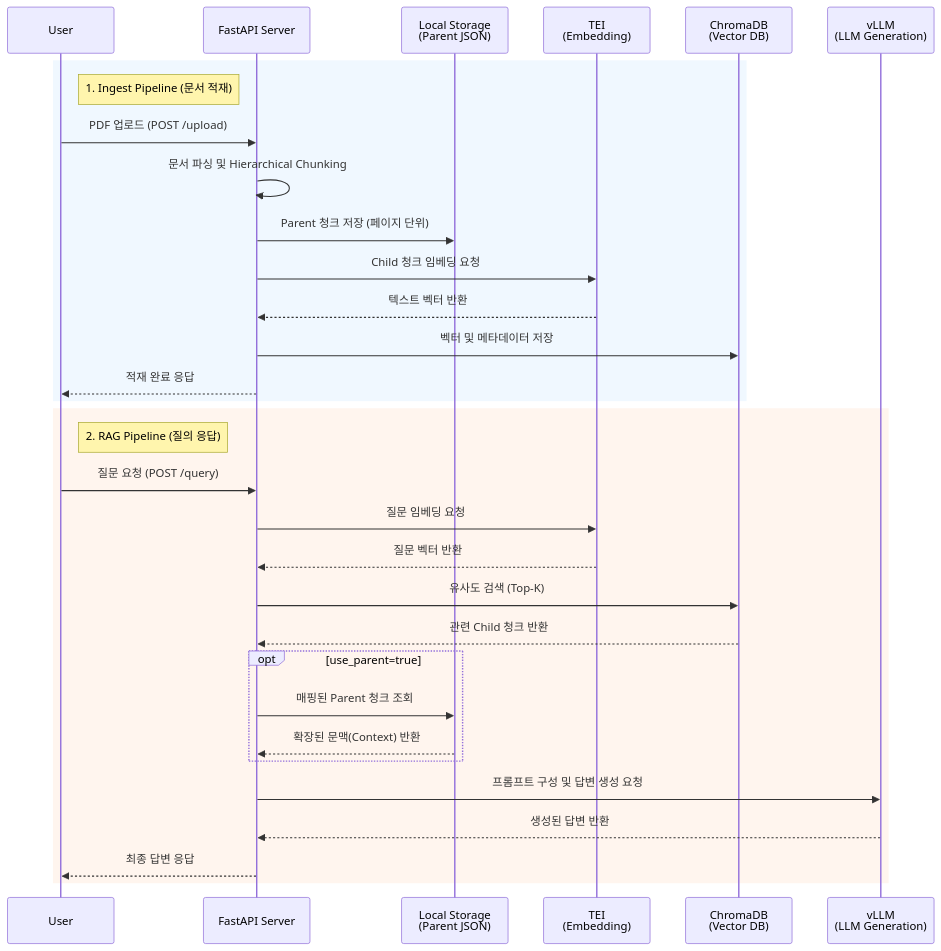
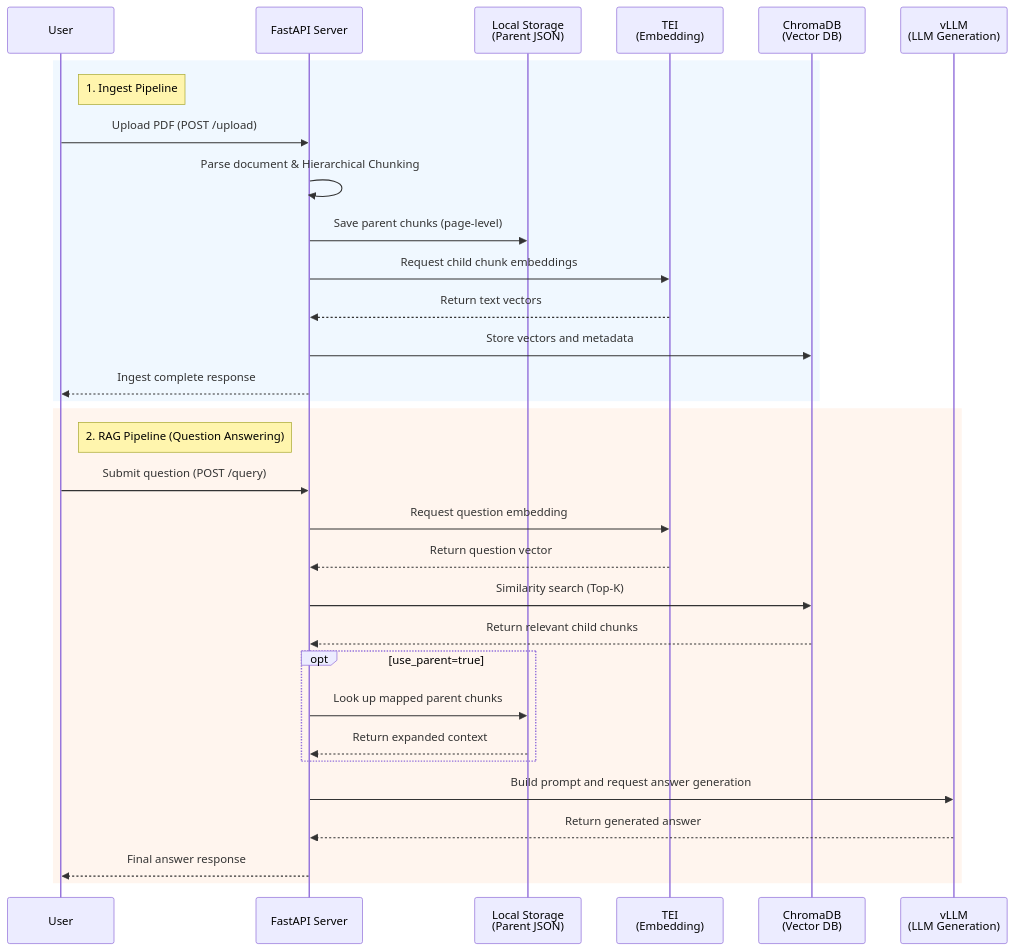
The second of 2 diagrams in README.md (sngmng6506/RAG-API), drawn with Mermaid before and after one commit. The commit also changed other lines of this file, not shown here.

````diff
--- a/README.md
+++ b/README.md
@@ -50,36 +45,36 @@
 ```mermaid
 sequenceDiagram
     participant User
     participant FastAPI as FastAPI Server
     participant Storage as Local Storage<br>(Parent JSON)
     participant TEI as TEI<br>(Embedding)
     participant Chroma as ChromaDB<br>(Vector DB)
     participant vLLM as vLLM<br>(LLM Generation)
 
     rect rgb(240, 248, 255)
-    Note right of User: 1. Ingest Pipeline (문서 적재)
-    User->>FastAPI: PDF 업로드 (POST /upload)
-    FastAPI->>FastAPI: 문서 파싱 및 Hierarchical Chunking
-    FastAPI->>Storage: Parent 청크 저장 (페이지 단위)
-    FastAPI->>TEI: Child 청크 임베딩 요청
-    TEI-->>FastAPI: 텍스트 벡터 반환
-    FastAPI->>Chroma: 벡터 및 메타데이터 저장
-    FastAPI-->>User: 적재 완료 응답
+    Note right of User: 1. Ingest Pipeline
+    User->>FastAPI: Upload PDF (POST /upload)
+    FastAPI->>FastAPI: Parse document & Hierarchical Chunking
+    FastAPI->>Storage: Save parent chunks (page-level)
+    FastAPI->>TEI: Request child chunk embeddings
+    TEI-->>FastAPI: Return text vectors
+    FastAPI->>Chroma: Store vectors and metadata
+    FastAPI-->>User: Ingest complete response
     end
 
     rect rgb(255, 245, 238)
-    Note right of User: 2. RAG Pipeline (질의 응답)
-    User->>FastAPI: 질문 요청 (POST /query)
-    FastAPI->>TEI: 질문 임베딩 요청
-    TEI-->>FastAPI: 질문 벡터 반환
-    FastAPI->>Chroma: 유사도 검색 (Top-K)
-    Chroma-->>FastAPI: 관련 Child 청크 반환
+    Note right of User: 2. RAG Pipeline (Question Answering)
+    User->>FastAPI: Submit question (POST /query)
+    FastAPI->>TEI: Request question embedding
+    TEI-->>FastAPI: Return question vector
+    FastAPI->>Chroma: Similarity search (Top-K)
+    Chroma-->>FastAPI: Return relevant child chunks
     opt use_parent=true
-        FastAPI->>Storage: 매핑된 Parent 청크 조회
-        Storage-->>FastAPI: 확장된 문맥(Context) 반환
+        FastAPI->>Storage: Look up mapped parent chunks
+        Storage-->>FastAPI: Return expanded context
     end
-    FastAPI->>vLLM: 프롬프트 구성 및 답변 생성 요청
-    vLLM-->>FastAPI: 생성된 답변 반환
-    FastAPI-->>User: 최종 답변 응답
+    FastAPI->>vLLM: Build prompt and request answer generation
+    vLLM-->>FastAPI: Return generated answer
+    FastAPI-->>User: Final answer response
     end
 ```
````
